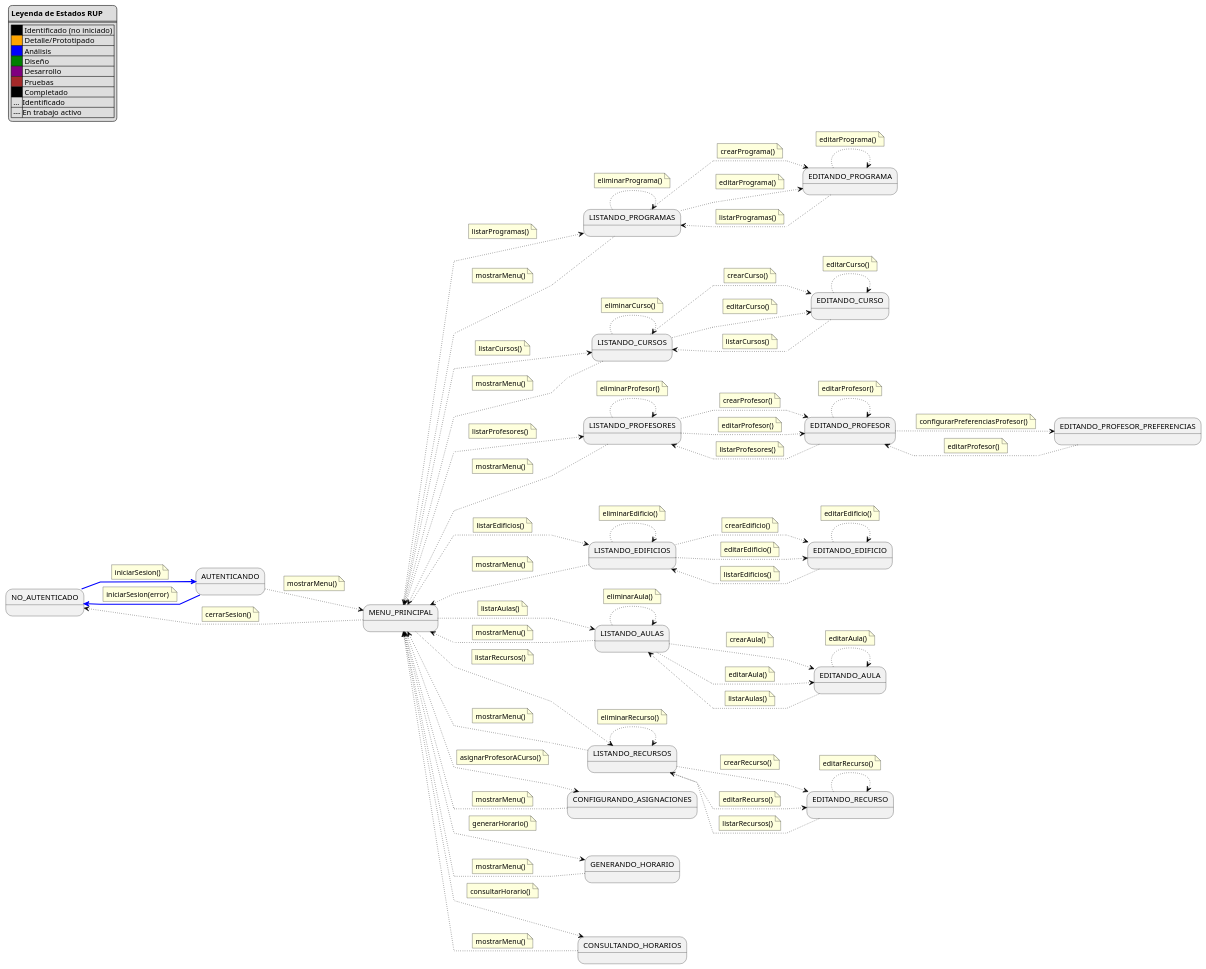
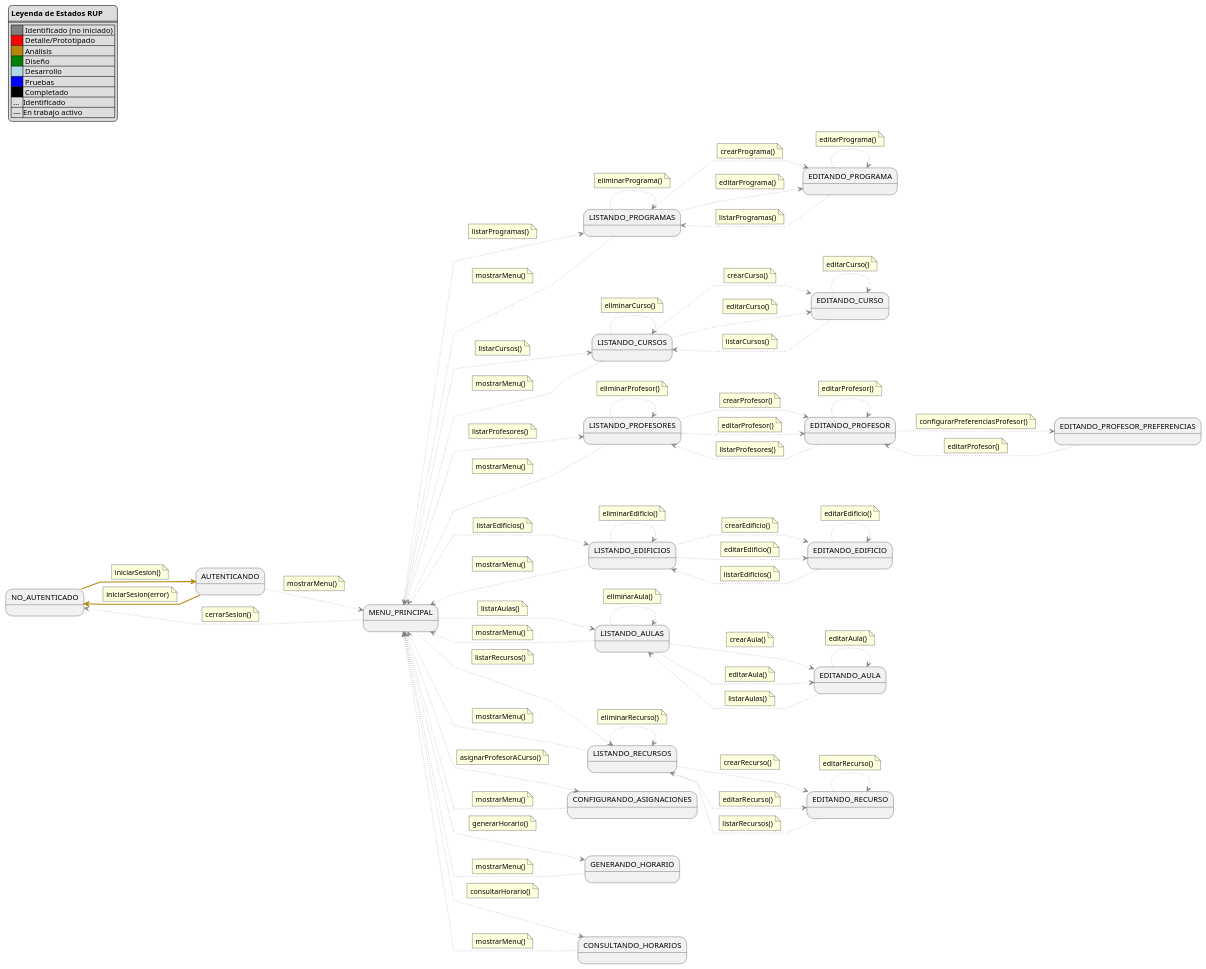
The diagram in extraDocs/004-dashboard-visual-rup-casos-uso/ejemplo-estado-inicial.puml (Hexcss/scheduler), drawn with PlantUML before and after one commit. The commit also changed 5 other files, not shown here.

```diff
--- a/extraDocs/004-dashboard-visual-rup-casos-uso/ejemplo-estado-inicial.puml
+++ b/extraDocs/004-dashboard-visual-rup-casos-uso/ejemplo-estado-inicial.puml
@@ -6,13 +6,13 @@
 legend top left
     **Leyenda de Estados RUP**
     ====
-    |<#black> | Identificado (no iniciado) |
-    |<#orange>| Detalle/Prototipado |
-    |<#blue>  | Análisis |
-    |<#green> | Diseño |
-    |<#purple>| Desarrollo |
-    |<#brown> | Pruebas |
-    |<#black> | Completado |
+    |<#gray>     | Identificado (no iniciado) |
+    |<#red>      | Detalle/Prototipado |
+    |<#darkgoldenrod>| Análisis |
+    |<#green>    | Diseño |
+    |<#lightblue>| Desarrollo |
+    |<#blue>     | Pruebas |
+    |<#black>    | Completado |
     | ... |Identificado|
     | --- |En trabajo activo|
 end legend
@@ -39,272 +39,272 @@
 state "GENERANDO_HORARIO" as Generacion
 state "CONSULTANDO_HORARIOS" as Consulta
 
-PreMenu -[#blue,thickness=2]-> NoAuth
+PreMenu -[#darkgoldenrod,thickness=2]-> NoAuth
     note on link
         iniciarSesion(error)
     end note
 
-NoAuth -[#blue,thickness=2]-> PreMenu
+NoAuth -[#darkgoldenrod,thickness=2]-> PreMenu
     note on link
         iniciarSesion()
     end note
 
-PreMenu -[#black,dotted]-> Menu
+PreMenu -[#gray,dotted]-> Menu
     note on link
         mostrarMenu()
     end note
 
-Menu -[#black,dotted]-> NoAuth
+Menu -[#gray,dotted]-> NoAuth
     note on link
         cerrarSesion()
     end note
 
-Menu -[#black,dotted]-> ListProgramas
+Menu -[#gray,dotted]-> ListProgramas
     note on link
         listarProgramas()
     end note
 
-Menu -[#black,dotted]-> ListCursos
+Menu -[#gray,dotted]-> ListCursos
     note on link
         listarCursos()
     end note
 
-Menu -[#black,dotted]-> ListProfesores
+Menu -[#gray,dotted]-> ListProfesores
     note on link
         listarProfesores()
     end note
 
-Menu -[#black,dotted]-> ListEdificios
+Menu -[#gray,dotted]-> ListEdificios
     note on link
         listarEdificios()
     end note
 
-Menu -[#black,dotted]-> ListAulas
+Menu -[#gray,dotted]-> ListAulas
     note on link
         listarAulas()
     end note
 
-Menu -[#black,dotted]-> ListRecursos
+Menu -[#gray,dotted]-> ListRecursos
     note on link
         listarRecursos()
     end note
 
-Menu -[#black,dotted]-> Asignaciones
+Menu -[#gray,dotted]-> Asignaciones
     note on link
         asignarProfesorACurso()
     end note
 
-Menu -[#black,dotted]-> Generacion
+Menu -[#gray,dotted]-> Generacion
     note on link
         generarHorario()
     end note
 
-Menu -[#black,dotted]-> Consulta
+Menu -[#gray,dotted]-> Consulta
     note on link
         consultarHorario()
     end note
 
-ListProgramas -[#black,dotted]-> EditPrograma
+ListProgramas -[#gray,dotted]-> EditPrograma
     note on link
         crearPrograma()
     end note
 
-ListProgramas -[#black,dotted]-> EditPrograma
+ListProgramas -[#gray,dotted]-> EditPrograma
     note on link
         editarPrograma()
     end note
 
-ListProgramas -[#black,dotted]-> ListProgramas
+ListProgramas -[#gray,dotted]-> ListProgramas
     note on link
         eliminarPrograma()
     end note
 
-EditPrograma -[#black,dotted]-> EditPrograma
+EditPrograma -[#gray,dotted]-> EditPrograma
     note on link
         editarPrograma()
     end note
 
-EditPrograma -[#black,dotted]-> ListProgramas
+EditPrograma -[#gray,dotted]-> ListProgramas
     note on link
         listarProgramas()
     end note
 
-ListCursos -[#black,dotted]-> EditCurso
+ListCursos -[#gray,dotted]-> EditCurso
     note on link
         crearCurso()
     end note
 
-ListCursos -[#black,dotted]-> EditCurso
+ListCursos -[#gray,dotted]-> EditCurso
     note on link
         editarCurso()
     end note
 
-ListCursos -[#black,dotted]-> ListCursos
+ListCursos -[#gray,dotted]-> ListCursos
     note on link
         eliminarCurso()
     end note
 
-EditCurso -[#black,dotted]-> EditCurso
+EditCurso -[#gray,dotted]-> EditCurso
     note on link
         editarCurso()
     end note
 
-EditCurso -[#black,dotted]-> ListCursos
+EditCurso -[#gray,dotted]-> ListCursos
     note on link
         listarCursos()
     end note
 
-ListProfesores -[#black,dotted]-> EditProfesor
+ListProfesores -[#gray,dotted]-> EditProfesor
     note on link
         crearProfesor()
     end note
 
-ListProfesores -[#black,dotted]-> EditProfesor
+ListProfesores -[#gray,dotted]-> EditProfesor
     note on link
         editarProfesor()
     end note
 
-ListProfesores -[#black,dotted]-> ListProfesores
+ListProfesores -[#gray,dotted]-> ListProfesores
     note on link
         eliminarProfesor()
     end note
 
-EditProfesor -[#black,dotted]-> EditProfesor
+EditProfesor -[#gray,dotted]-> EditProfesor
     note on link
         editarProfesor()
     end note
 
-EditProfesor -[#black,dotted]-> EditProfesorPreferencias
+EditProfesor -[#gray,dotted]-> EditProfesorPreferencias
     note on link
         configurarPreferenciasProfesor()
     end note
 
-EditProfesorPreferencias -[#black,dotted]-> EditProfesor
+EditProfesorPreferencias -[#gray,dotted]-> EditProfesor
     note on link
         editarProfesor()
     end note
     
-EditProfesor -[#black,dotted]-> ListProfesores
+EditProfesor -[#gray,dotted]-> ListProfesores
     note on link
         listarProfesores()
     end note
 
-ListEdificios -[#black,dotted]-> EditEdificio
+ListEdificios -[#gray,dotted]-> EditEdificio
     note on link
         crearEdificio()
     end note
 
-ListEdificios -[#black,dotted]-> EditEdificio
+ListEdificios -[#gray,dotted]-> EditEdificio
     note on link
         editarEdificio()
     end note
 
-ListEdificios -[#black,dotted]-> ListEdificios
+ListEdificios -[#gray,dotted]-> ListEdificios
     note on link
         eliminarEdificio()
     end note
 
-EditEdificio -[#black,dotted]-> EditEdificio
+EditEdificio -[#gray,dotted]-> EditEdificio
     note on link
         editarEdificio()
     end note
 
-EditEdificio -[#black,dotted]-> ListEdificios
+EditEdificio -[#gray,dotted]-> ListEdificios
     note on link
         listarEdificios()
     end note
 
-ListAulas -[#black,dotted]-> EditAula
+ListAulas -[#gray,dotted]-> EditAula
     note on link
         crearAula()
     end note
 
-ListAulas -[#black,dotted]-> EditAula
+ListAulas -[#gray,dotted]-> EditAula
     note on link
         editarAula()
     end note
 
-ListAulas -[#black,dotted]-> ListAulas
+ListAulas -[#gray,dotted]-> ListAulas
     note on link
         eliminarAula()
     end note
 
-EditAula -[#black,dotted]-> EditAula
+EditAula -[#gray,dotted]-> EditAula
     note on link
         editarAula()
     end note
 
-EditAula -[#black,dotted]-> ListAulas
+EditAula -[#gray,dotted]-> ListAulas
     note on link
         listarAulas()
     end note
 
-ListRecursos -[#black,dotted]-> EditRecurso
+ListRecursos -[#gray,dotted]-> EditRecurso
     note on link
         crearRecurso()
     end note
 
-ListRecursos -[#black,dotted]-> EditRecurso
+ListRecursos -[#gray,dotted]-> EditRecurso
     note on link
         editarRecurso()
     end note
 
-ListRecursos -[#black,dotted]-> ListRecursos
+ListRecursos -[#gray,dotted]-> ListRecursos
     note on link
         eliminarRecurso()
     end note
 
-EditRecurso -[#black,dotted]-> EditRecurso
+EditRecurso -[#gray,dotted]-> EditRecurso
     note on link
         editarRecurso()
     end note
 
-EditRecurso -[#black,dotted]-> ListRecursos
+EditRecurso -[#gray,dotted]-> ListRecursos
     note on link
         listarRecursos()
     end note
 
-ListProgramas -[#black,dotted]-> Menu
+ListProgramas -[#gray,dotted]-> Menu
     note on link
         mostrarMenu()
     end note
 
-ListCursos -[#black,dotted]-> Menu
+ListCursos -[#gray,dotted]-> Menu
     note on link
         mostrarMenu()
     end note
 
-ListProfesores -[#black,dotted]-> Menu
+ListProfesores -[#gray,dotted]-> Menu
     note on link
         mostrarMenu()
     end note
 
-ListEdificios -[#black,dotted]-> Menu
+ListEdificios -[#gray,dotted]-> Menu
     note on link
         mostrarMenu()
     end note
 
-ListAulas -[#black,dotted]-> Menu
+ListAulas -[#gray,dotted]-> Menu
     note on link
         mostrarMenu()
     end note
 
-ListRecursos -[#black,dotted]-> Menu
+ListRecursos -[#gray,dotted]-> Menu
     note on link
         mostrarMenu()
     end note
 
-Asignaciones -[#black,dotted]-> Menu
+Asignaciones -[#gray,dotted]-> Menu
     note on link
         mostrarMenu()
     end note
 
-Generacion -[#black,dotted]-> Menu
+Generacion -[#gray,dotted]-> Menu
     note on link
         mostrarMenu()
     end note
 
-Consulta -[#black,dotted]-> Menu
+Consulta -[#gray,dotted]-> Menu
     note on link
         mostrarMenu()
     end note
```
